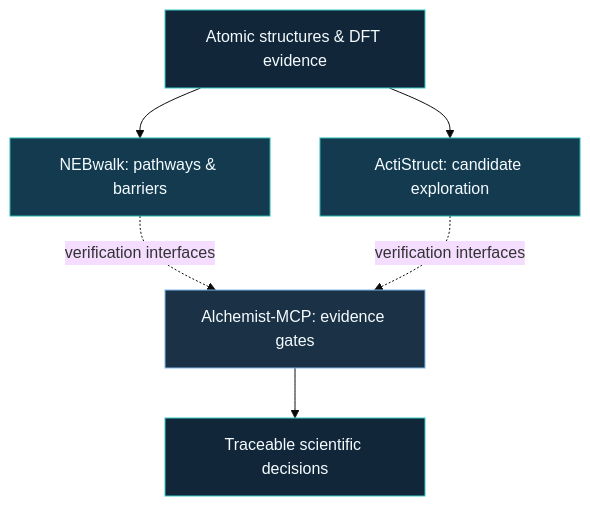
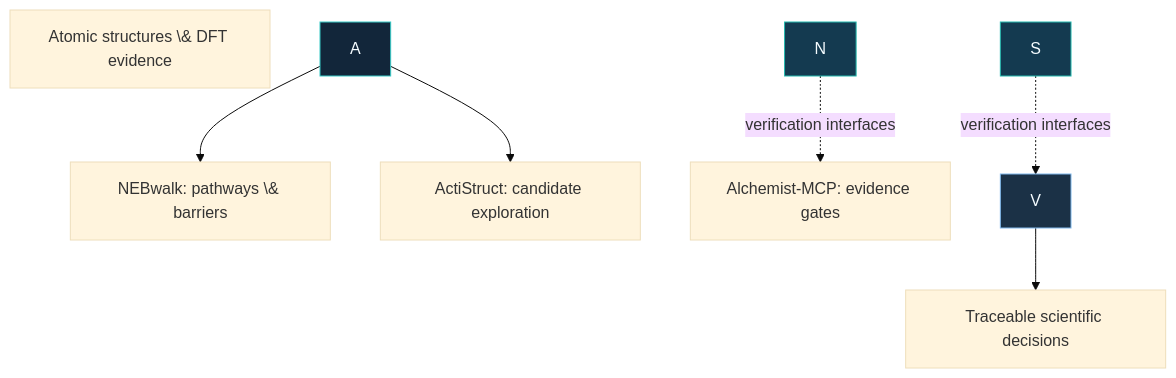
Before and after one commit to Rifat19R/Rifat19R: the diagram in README.md, drawn with Mermaid (base theme). The commit also changed other lines of this file, not shown here.

````diff
--- a/README.md
+++ b/README.md
@@ -39,15 +67,15 @@
 ```mermaid
 flowchart TB
-    A["Atomic structures & DFT evidence"]
-    A --> N["NEBwalk: pathways & barriers"]
-    A --> S["ActiStruct: candidate exploration"]
-    N -. "verification interfaces" .-> V["Alchemist-MCP: evidence gates"]
+    A\["Atomic structures \& DFT evidence"]
+    A --> N\["NEBwalk: pathways \& barriers"]
+    A --> S\["ActiStruct: candidate exploration"]
+    N -. "verification interfaces" .-> V\["Alchemist-MCP: evidence gates"]
     S -. "verification interfaces" .-> V
-    V --> O["Traceable scientific decisions"]
+    V --> O\["Traceable scientific decisions"]
     classDef source fill:#12263a,stroke:#36c9c6,color:#f5fcff
     classDef tool fill:#143a50,stroke:#22b8ad,color:#f5fcff
     classDef gate fill:#1b3146,stroke:#80b8ec,color:#f5fcff
     class A,O source
     class N,S tool
     class V gate
 ```
````
